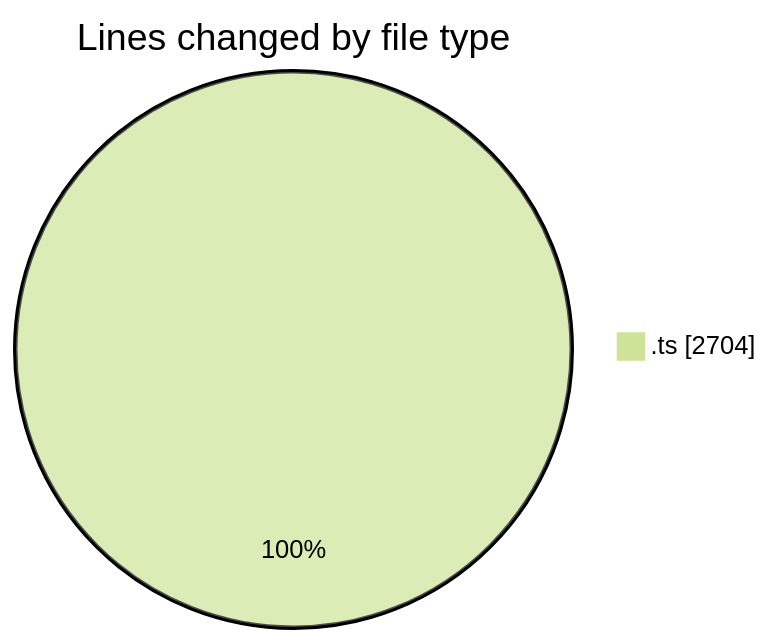
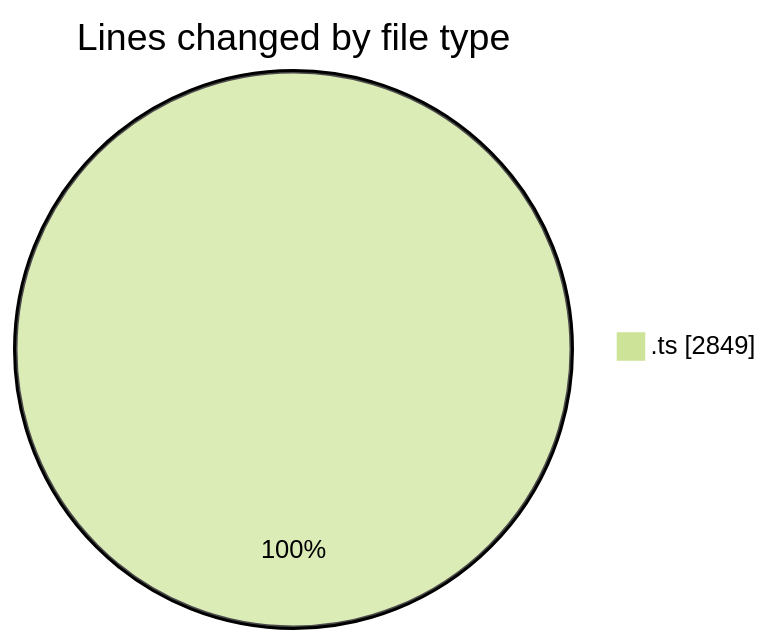
One commit to momahboobian/code-tracking changed the first of 2 diagrams in 2025-06-24/cda/README.md. Above: the diagram before and after it, drawn with Mermaid (forest theme). The commit also changed other lines of this file and 1 other file, not shown here.

````diff
--- a/2025-06-24/cda/README.md
+++ b/2025-06-24/cda/README.md
@@ -24,5 +24,5 @@
 ```mermaid
 pie showData
 title Lines changed by file type
-".ts" : 2704
+".ts" : 2849
 ```
````
